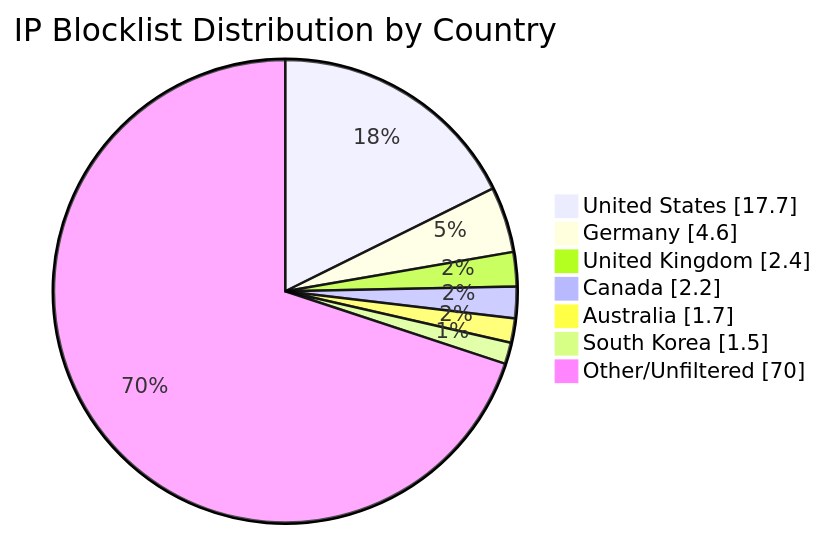
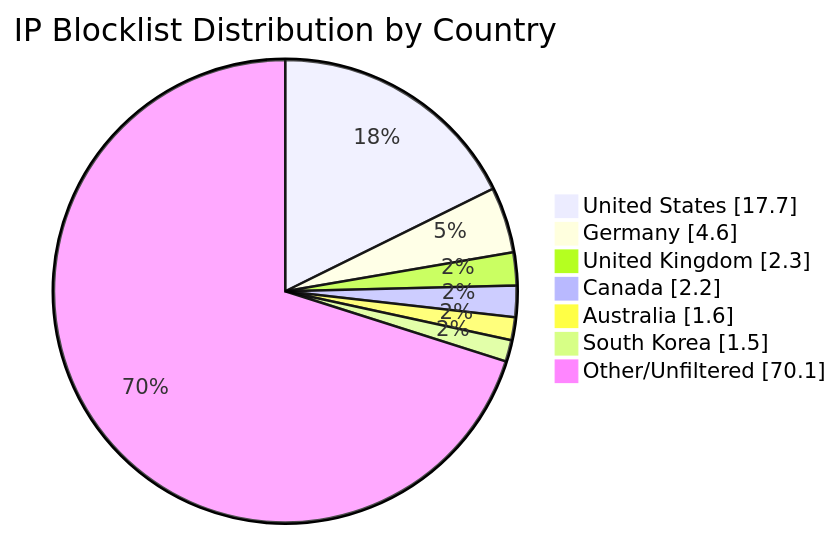
The diagram in README.md (MarcusHoltz/ipblocklist-geofiltered-aggregator), drawn with Mermaid before and after one commit. The commit also changed other lines of this file and 9 other files, not shown here.

````diff
--- a/README.md
+++ b/README.md
@@ -34,10 +34,10 @@
 ```mermaid
 pie showData title IP Blocklist Distribution by Country
 "United States" : 17.7
 "Germany" : 4.6
-"United Kingdom" : 2.4
+"United Kingdom" : 2.3
 "Canada" : 2.2
-"Australia" : 1.7
+"Australia" : 1.6
 "South Korea" : 1.5
-"Other/Unfiltered" : 70.0
+"Other/Unfiltered" : 70.1
 ```
````
